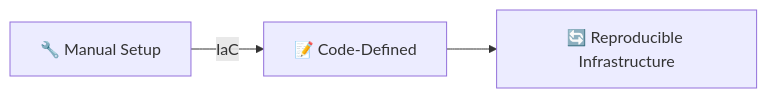
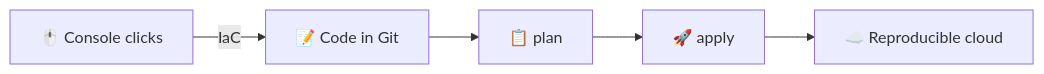
Before and after one commit to inno-devops-labs/DevOps-Core-Course: the first of 7 diagrams in lectures/lec4.md, drawn with Mermaid. The commit also changed other lines of this file and 24 other files, not shown here.

````diff
--- a/lectures/lec4.md
+++ b/lectures/lec4.md
@@ -10,5 +10,7 @@
 ```mermaid
 flowchart LR
-  Manual[🔧 Manual Setup] -->|IaC| Code[📝 Code-Defined]
-  Code --> Reproducible[🔄 Reproducible Infrastructure]
+  Manual[🖱️ Console clicks] -->|IaC| Code[📝 Code in Git]
+  Code --> Plan[📋 plan]
+  Plan --> Apply[🚀 apply]
+  Apply --> Cloud[☁️ Reproducible cloud]
 ```
````
